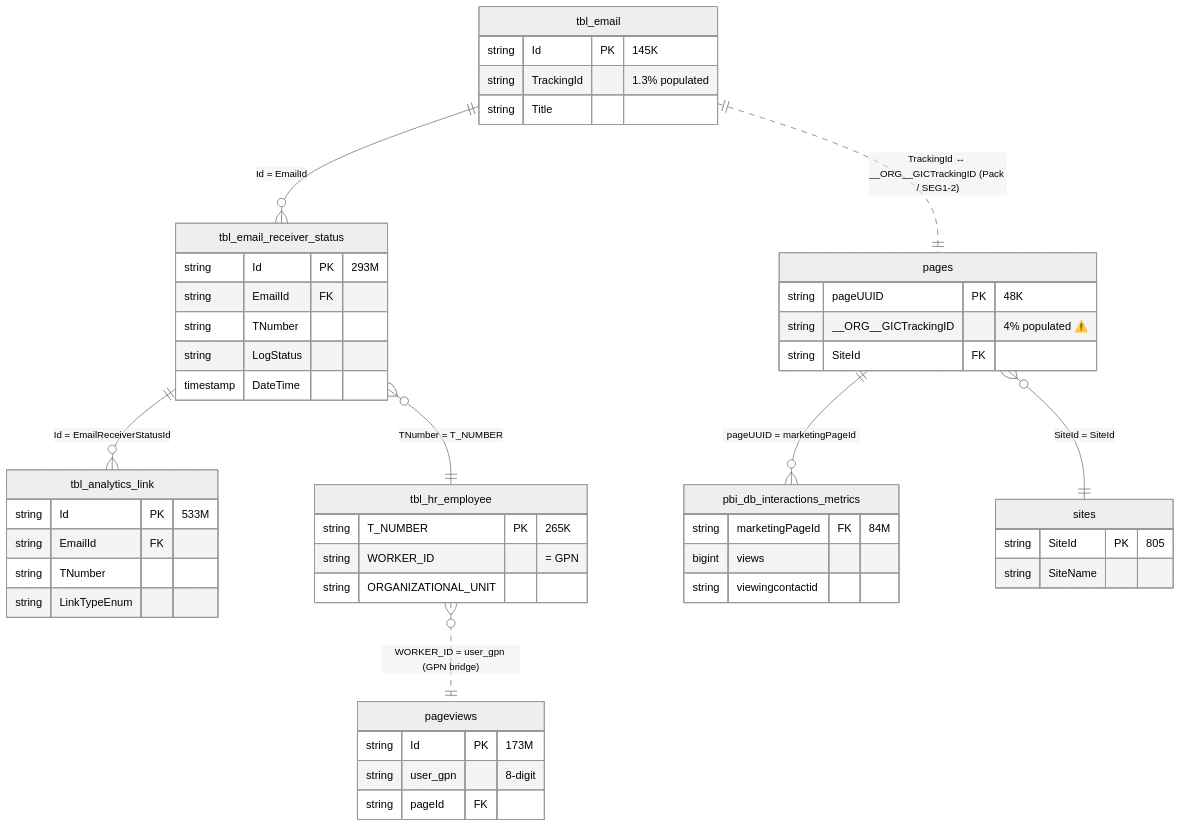
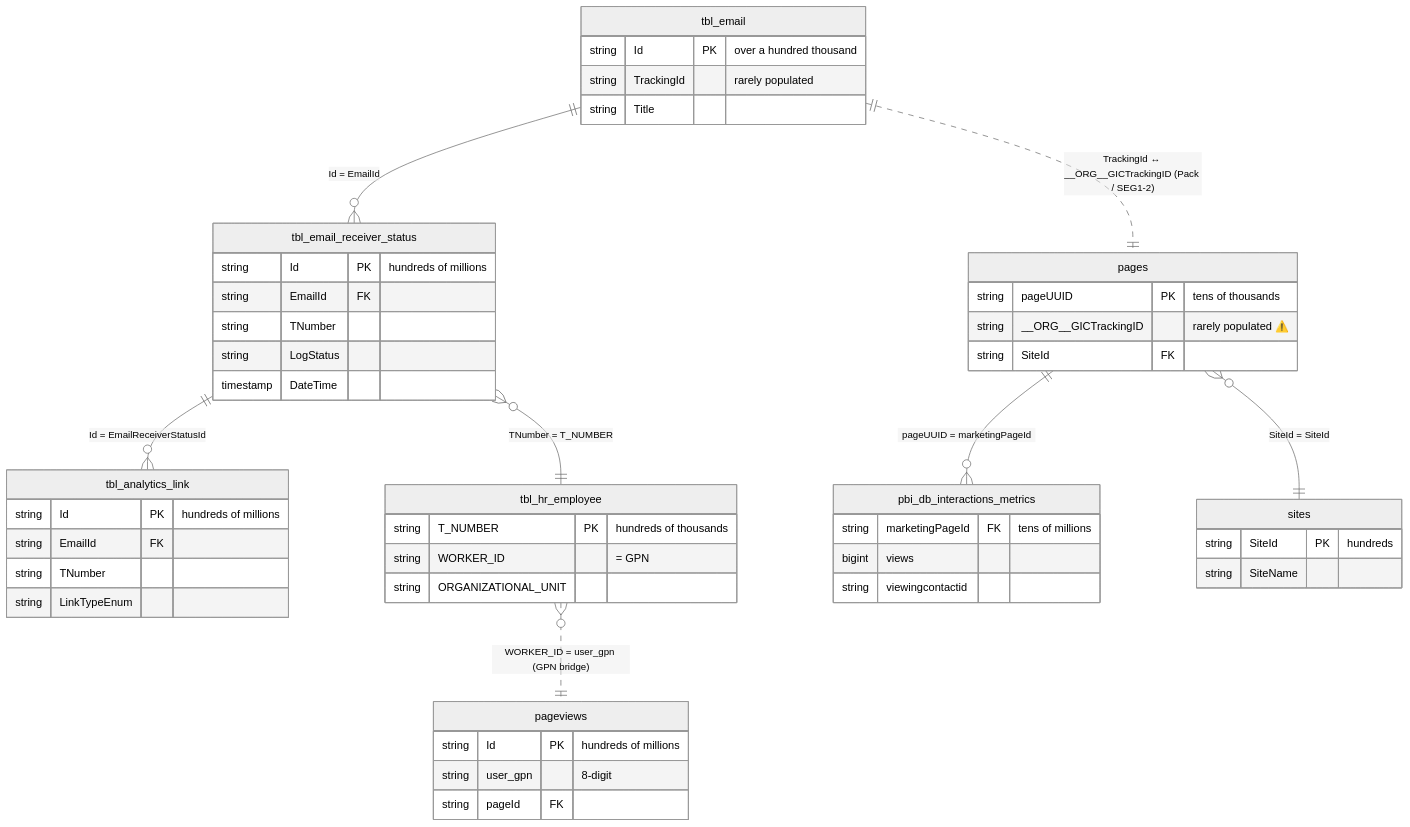
The first of 2 diagrams in docs/diagrams/er_cross_channel.md (dallmi/Databricks), drawn with Mermaid (neutral theme) before and after one commit. The commit also changed other lines of this file and 87 other files, not shown here.

````diff
--- a/docs/diagrams/er_cross_channel.md
+++ b/docs/diagrams/er_cross_channel.md
@@ -9,53 +9,53 @@
 ```mermaid
 erDiagram
     tbl_email                 ||..|| pages                         : "TrackingId ↔ __ORG__GICTrackingID (Pack / SEG1-2)"
     tbl_email                 ||--o{ tbl_email_receiver_status     : "Id = EmailId"
     tbl_email_receiver_status ||--o{ tbl_analytics_link            : "Id = EmailReceiverStatusId"
     tbl_email_receiver_status }o--|| tbl_hr_employee               : "TNumber = T_NUMBER"
     tbl_hr_employee           }o..|| pageviews                     : "WORKER_ID = user_gpn (GPN bridge)"
     pages                     ||--o{ pbi_db_interactions_metrics   : "pageUUID = marketingPageId"
     pages                     }o--|| sites                         : "SiteId = SiteId"
 
     tbl_email {
-        string Id PK "145K"
-        string TrackingId "1.3% populated"
+        string Id PK "over a hundred thousand"
+        string TrackingId "rarely populated"
         string Title
     }
     tbl_email_receiver_status {
-        string Id PK "293M"
+        string Id PK "hundreds of millions"
         string EmailId FK
         string TNumber
         string LogStatus
         timestamp DateTime
     }
     tbl_analytics_link {
-        string Id PK "533M"
+        string Id PK "hundreds of millions"
         string EmailId FK
         string TNumber
         string LinkTypeEnum
     }
     tbl_hr_employee {
-        string T_NUMBER PK "265K"
+        string T_NUMBER PK "hundreds of thousands"
         string WORKER_ID "= GPN"
         string ORGANIZATIONAL_UNIT
     }
     pages {
-        string pageUUID PK "48K"
-        string __ORG__GICTrackingID "4% populated ⚠️"
+        string pageUUID PK "tens of thousands"
+        string __ORG__GICTrackingID "rarely populated ⚠️"
         string SiteId FK
     }
     pageviews {
-        string Id PK "173M"
+        string Id PK "hundreds of millions"
         string user_gpn "8-digit"
         string pageId FK
     }
     pbi_db_interactions_metrics {
-        string marketingPageId FK "84M"
+        string marketingPageId FK "tens of millions"
         bigint views
         string viewingcontactid
     }
     sites {
-        string SiteId PK "805"
+        string SiteId PK "hundreds"
         string SiteName
     }
 ```
````
